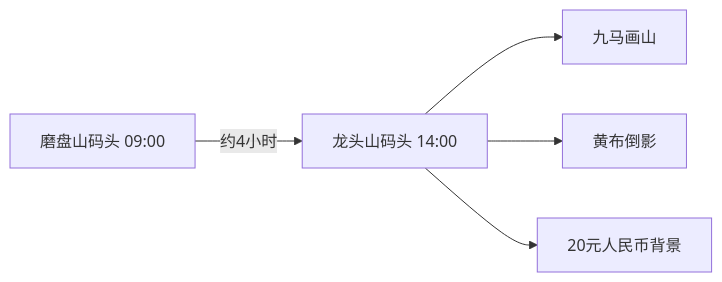
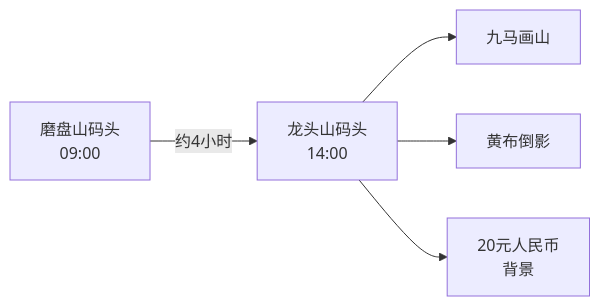
The fourth of 4 diagrams in _posts/2025-12-09-guangxi-travel.md (yzfneo/yzfneo.github.io), drawn with Mermaid before and after one commit. The commit also changed other lines of this file, not shown here.

First line of the commit message:
docs: enhance travel itinerary layout with Mermaid and table formatting

````diff
--- a/_posts/2025-12-09-guangxi-travel.md
+++ b/_posts/2025-12-09-guangxi-travel.md
@@ -170,7 +171,7 @@
 ```mermaid
 graph LR
-    A[磨盘山码头 09:00] -->|约4小时| B[龙头山码头 14:00]
+    A[磨盘山码头<br/>09:00] -->|约4小时| B[龙头山码头<br/>14:00]
     B --> C[九马画山]
     B --> D[黄布倒影]
-    B --> E[20元人民币背景]
+    B --> E[20元人民币<br/>背景]
 ```
````
